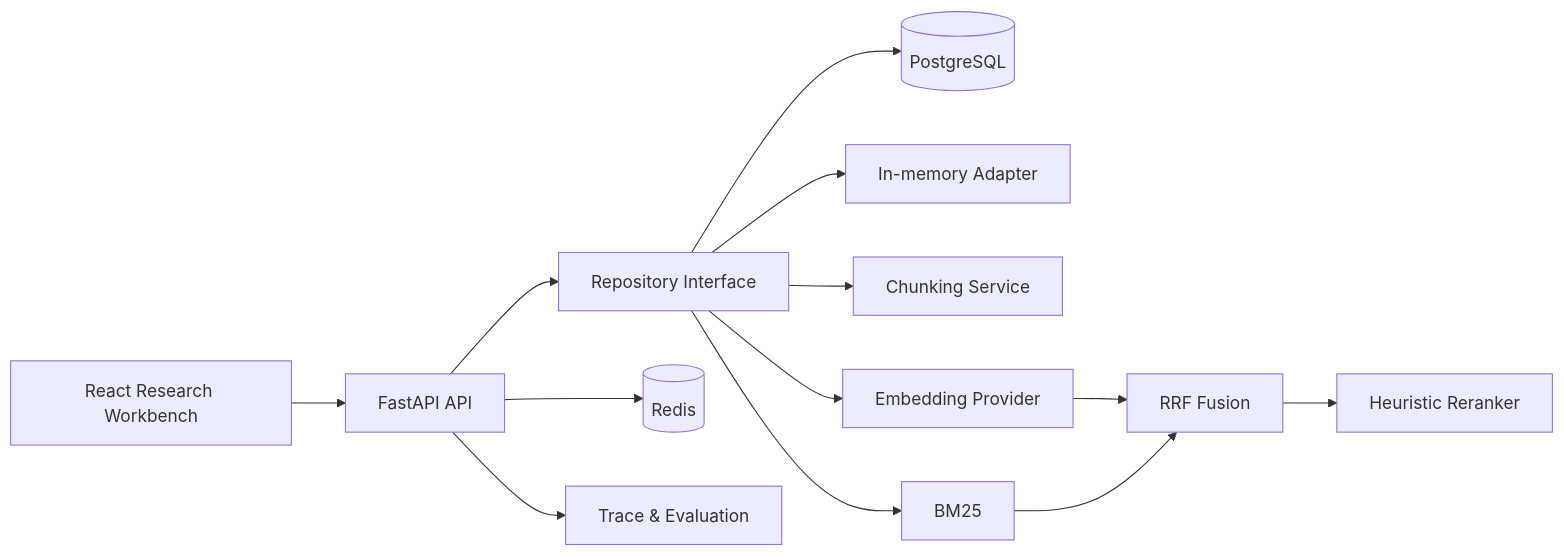
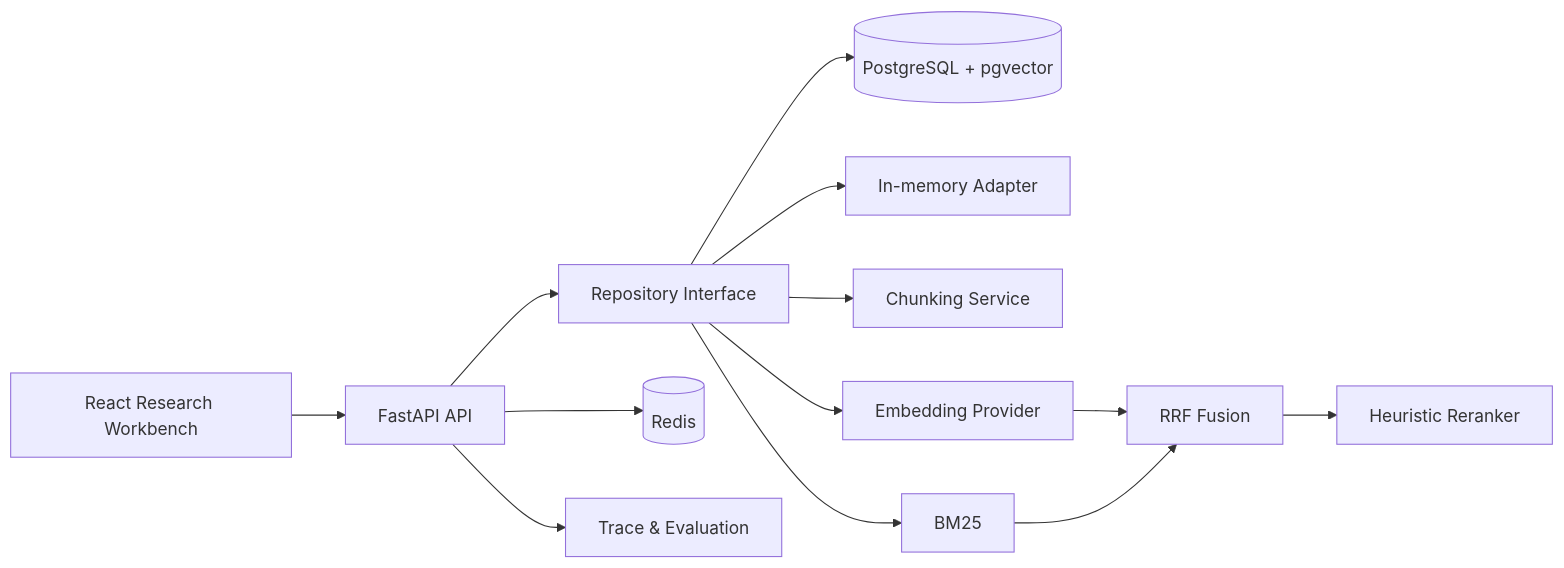
One commit to quanzhan-zzz/policy-rag-studio changed the diagram in README.md. Above: the diagram before and after it, drawn with Mermaid. The commit also changed other lines of this file and 29 other files, not shown here.

````diff
--- a/README.md
+++ b/README.md
@@ -76,15 +76,15 @@
 ```mermaid
 flowchart LR
     UI[React Research Workbench] --> API[FastAPI API]
     API --> REPO[Repository Interface]
-    REPO --> PG[(PostgreSQL)]
+    REPO --> PG[(PostgreSQL + pgvector)]
     REPO --> MEM[In-memory Adapter]
     API --> R[(Redis)]
     API --> TRACE[Trace & Evaluation]
     REPO --> CHUNK[Chunking Service]
     REPO --> DENSE[Embedding Provider]
     REPO --> BM25[BM25]
     DENSE --> RRF[RRF Fusion]
     BM25 --> RRF
     RRF --> RERANK[Heuristic Reranker]
 ```
````
